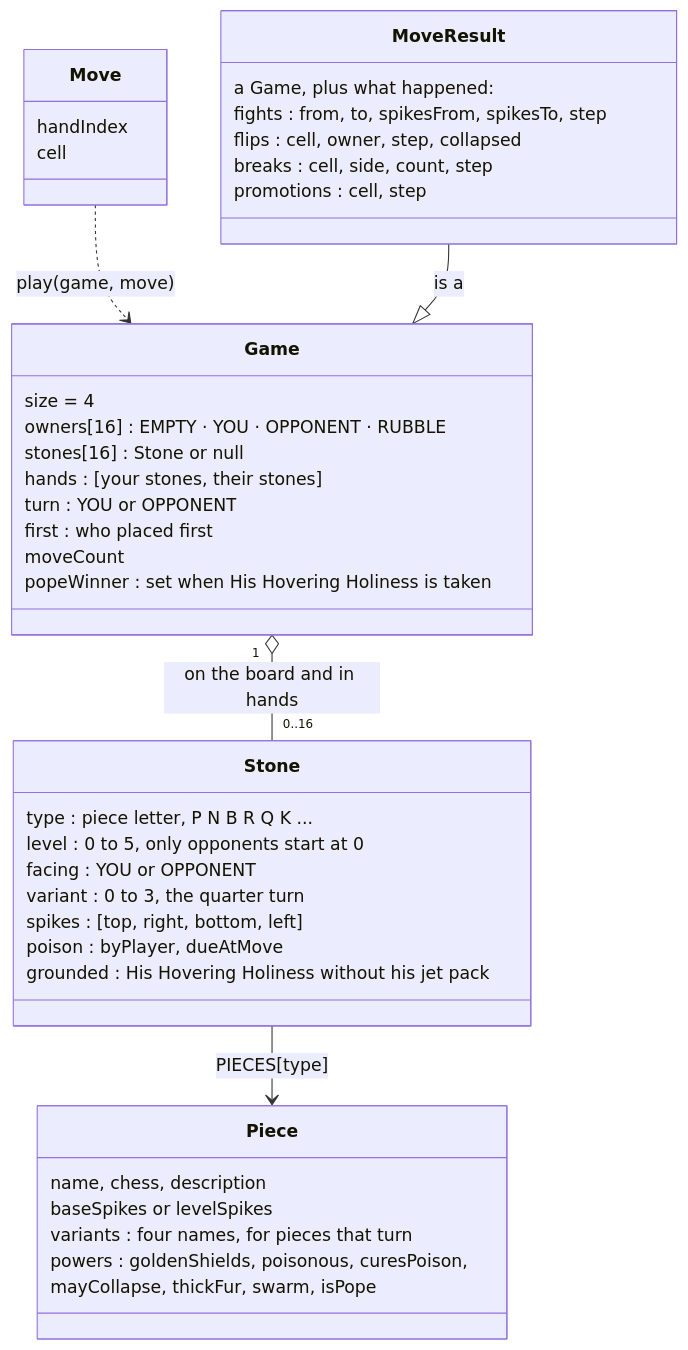
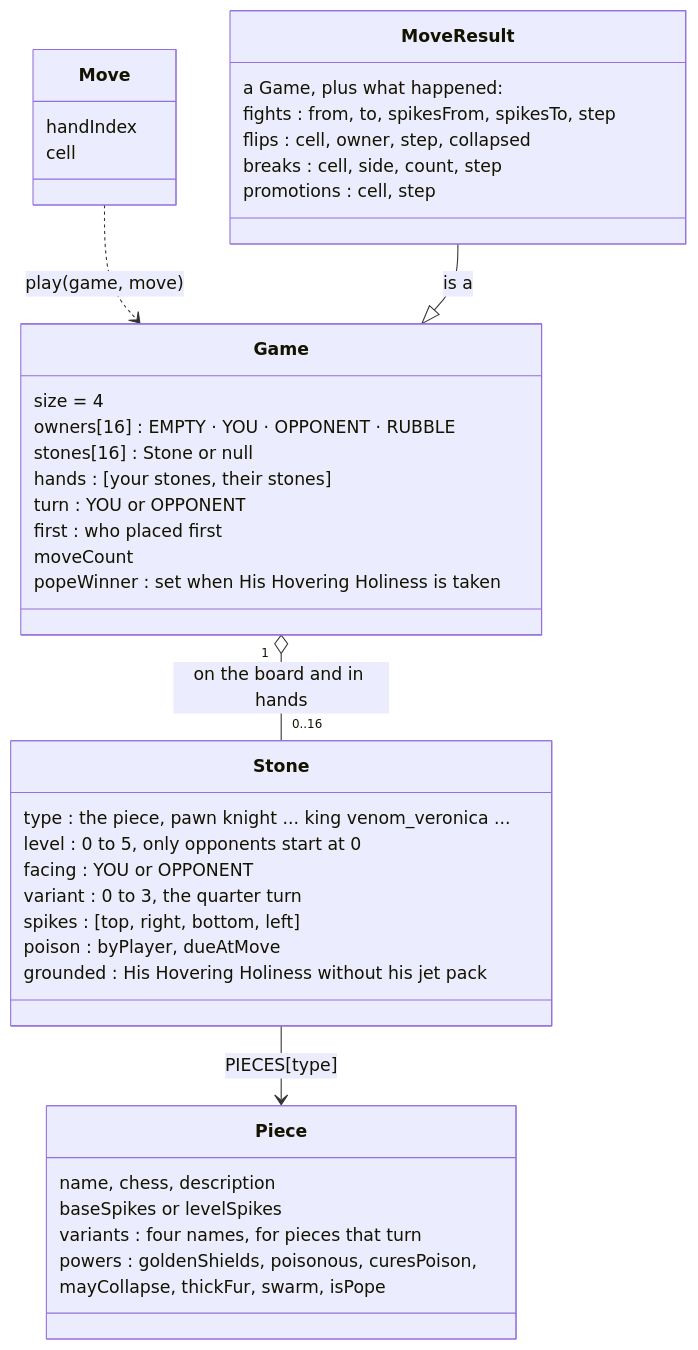
One commit to louisvandenbruwaene/rook-like changed the second of 8 diagrams in README.md. Above: the diagram before and after it, drawn with Mermaid. The commit also changed other lines of this file and 8 other files, not shown here.

First line of the commit message:
Rook-like: stones are named in full in the code: king_level_1 instead of K1, pawn instead of P; version 5 saves convert the old short codes

````diff
--- a/README.md
+++ b/README.md
@@ -93,44 +93,44 @@
 ```mermaid
 classDiagram
     class Game {
         size = 4
         owners[16] : EMPTY · YOU · OPPONENT · RUBBLE
         stones[16] : Stone or null
         hands : [your stones, their stones]
         turn : YOU or OPPONENT
         first : who placed first
         moveCount
         popeWinner : set when His Hovering Holiness is taken
     }
     class Stone {
-        type : piece letter, P N B R Q K ...
+        type : the piece, pawn knight ... king venom_veronica ...
         level : 0 to 5, only opponents start at 0
         facing : YOU or OPPONENT
         variant : 0 to 3, the quarter turn
         spikes : [top, right, bottom, left]
         poison : byPlayer, dueAtMove
         grounded : His Hovering Holiness without his jet pack
     }
     class Piece {
         name, chess, description
         baseSpikes or levelSpikes
         variants : four names, for pieces that turn
         powers : goldenShields, poisonous, curesPoison,
         mayCollapse, thickFur, swarm, isPope
     }
     class Move {
         handIndex
         cell
     }
     class MoveResult {
         a Game, plus what happened:
         fights : from, to, spikesFrom, spikesTo, step
         flips : cell, owner, step, collapsed
         breaks : cell, side, count, step
         promotions : cell, step
     }
     Game "1" o-- "0..16" Stone : on the board and in hands
     Stone --> Piece : PIECES[type]
     Move ..> Game : play(game, move)
     MoveResult --|> Game : is a
 ```
````
